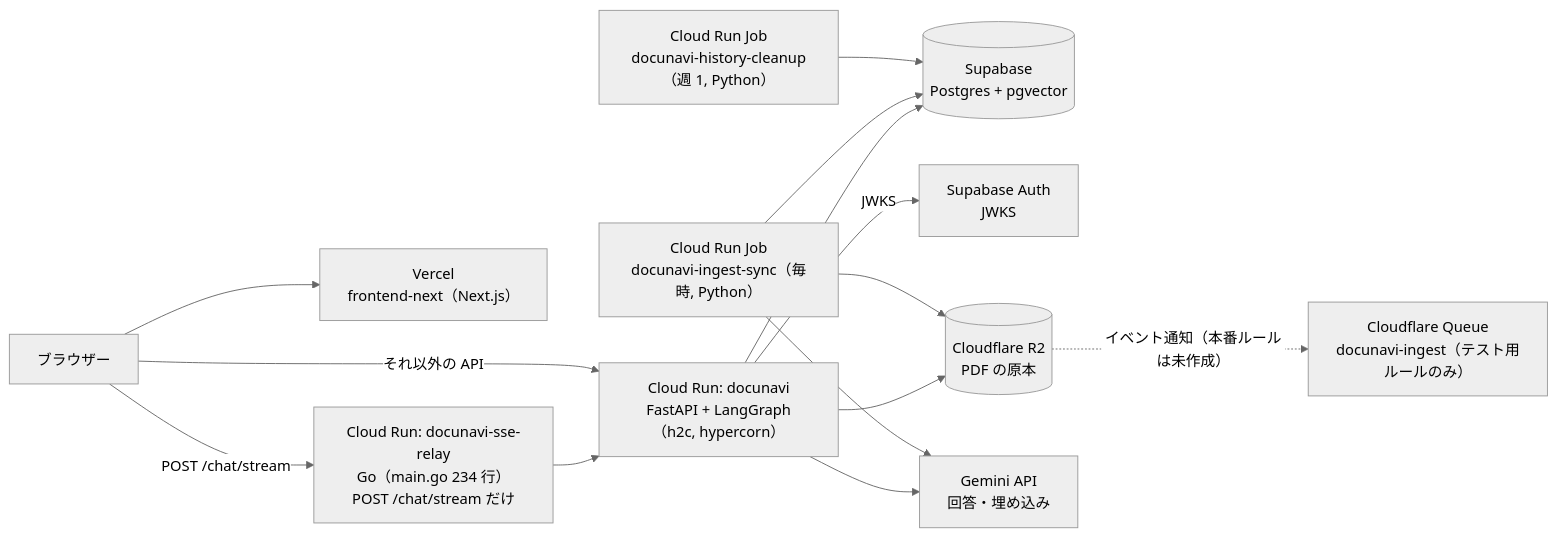
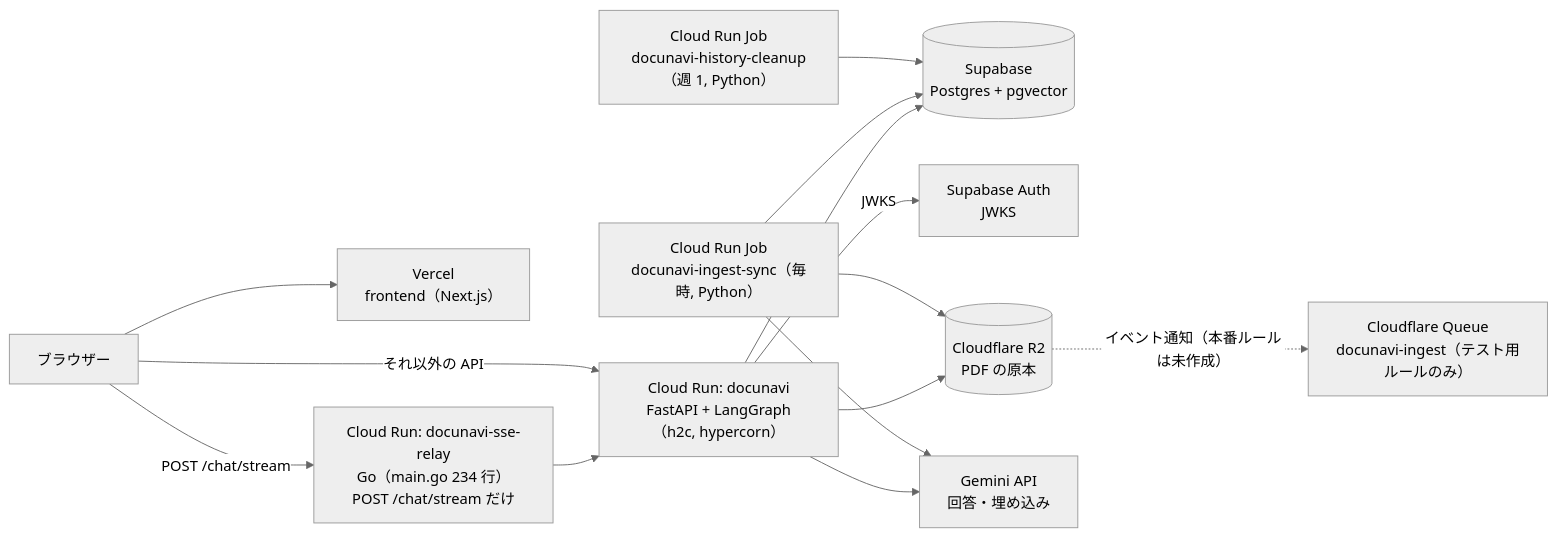
The diagram in docs/go-architecture-plan.md (Starlight-Tree/DocuNavi), drawn with Mermaid (neutral theme) before and after one commit. The commit also changed other lines of this file and 97 other files, not shown here.

First line of the commit message:
refactor(frontend): rename frontend-next to frontend

````diff
--- a/docs/go-architecture-plan.md
+++ b/docs/go-architecture-plan.md
@@ -22,27 +22,27 @@
 ```mermaid
 flowchart LR
     browser["ブラウザー"]
-    vercel["Vercel<br/>frontend-next（Next.js）"]
+    vercel["Vercel<br/>frontend（Next.js）"]
     relay["Cloud Run: docunavi-sse-relay<br/>Go（main.go 234 行）<br/>POST /chat/stream だけ"]
     api["Cloud Run: docunavi<br/>FastAPI + LangGraph（h2c, hypercorn）"]
     pg[("Supabase<br/>Postgres + pgvector")]
     authsb["Supabase Auth<br/>JWKS"]
     r2[("Cloudflare R2<br/>PDF の原本")]
     gemini["Gemini API<br/>回答・埋め込み"]
     q["Cloudflare Queue<br/>docunavi-ingest（テスト用ルールのみ）"]
     job["Cloud Run Job<br/>docunavi-ingest-sync（毎時, Python）"]
     clean["Cloud Run Job<br/>docunavi-history-cleanup（週 1, Python）"]
 
     browser --> vercel
     browser -->|"POST /chat/stream"| relay --> api
     browser -->|"それ以外の API"| api
     api --> pg
     api -->|JWKS| authsb
     api --> r2
     api --> gemini
     job --> r2
     job --> pg
     job --> gemini
     clean --> pg
     r2 -.->|"イベント通知（本番ルールは未作成）"| q
 ```
````
